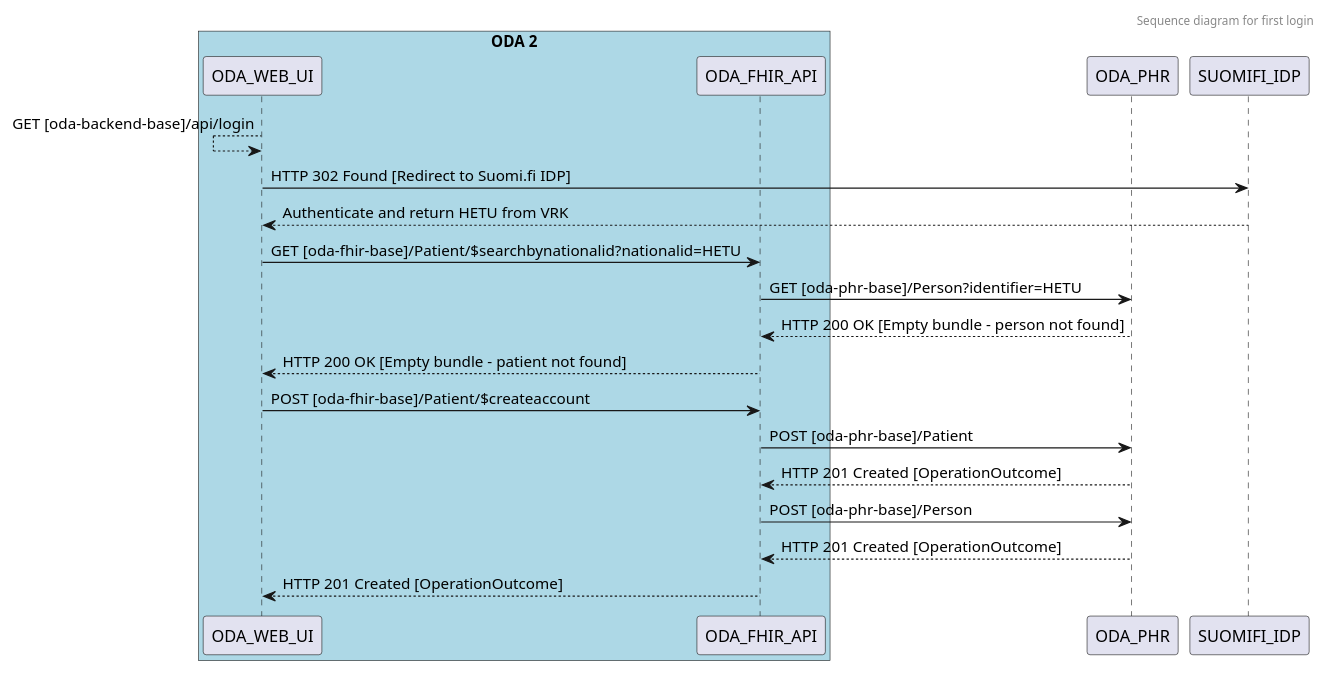
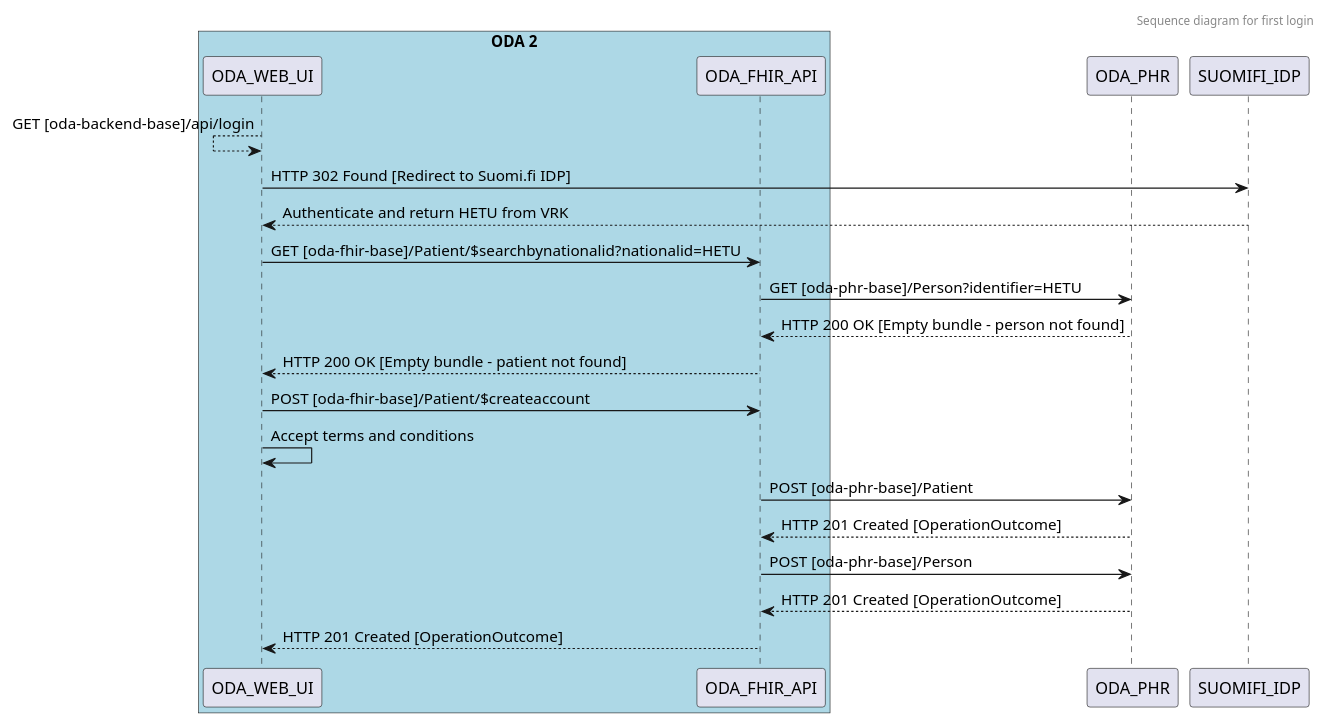
Before and after one commit to ruoat/definitions: the diagram in sequence-diagrams/first-login.puml, drawn with PlantUML.

Commit message:
Sequence diagrams for first and second login (creating Patient and Person)

```diff
--- a/sequence-diagrams/first-login.puml
+++ b/sequence-diagrams/first-login.puml
@@ -1,32 +1,34 @@
 @startuml
 header
 Sequence diagram for first login
 endheader
 
 participant ODA_WEB_UI
 participant ODA_FHIR_API
 
 box "ODA 2" #LightBlue
     participant ODA_WEB_UI
     participant ODA_FHIR_API
 end box
 participant ODA_PHR
 participant SUOMIFI_IDP
 ODA_WEB_UI <-- ODA_WEB_UI: GET [oda-backend-base]/api/login
 ODA_WEB_UI -> SUOMIFI_IDP:  HTTP 302 Found [Redirect to Suomi.fi IDP]
 ODA_WEB_UI <-- SUOMIFI_IDP: Authenticate and return HETU from VRK
 
 ODA_WEB_UI -> ODA_FHIR_API: GET [oda-fhir-base]/Patient/$searchbynationalid?nationalid=HETU
 ODA_FHIR_API -> ODA_PHR: GET [oda-phr-base]/Person?identifier=HETU
 ODA_FHIR_API <-- ODA_PHR: HTTP 200 OK [Empty bundle - person not found]
 ODA_WEB_UI <-- ODA_FHIR_API: HTTP 200 OK [Empty bundle - patient not found]
 
 ODA_WEB_UI -> ODA_FHIR_API: POST [oda-fhir-base]/Patient/$createaccount
+
+ODA_WEB_UI -> ODA_WEB_UI: Accept terms and conditions
 ODA_FHIR_API -> ODA_PHR: POST [oda-phr-base]/Patient
 ODA_FHIR_API <-- ODA_PHR: HTTP 201 Created [OperationOutcome]
 ODA_FHIR_API -> ODA_PHR: POST [oda-phr-base]/Person
 ODA_FHIR_API <-- ODA_PHR: HTTP 201 Created [OperationOutcome]
  
 ODA_WEB_UI <-- ODA_FHIR_API: HTTP 201 Created [OperationOutcome]
 
 @enduml
```
